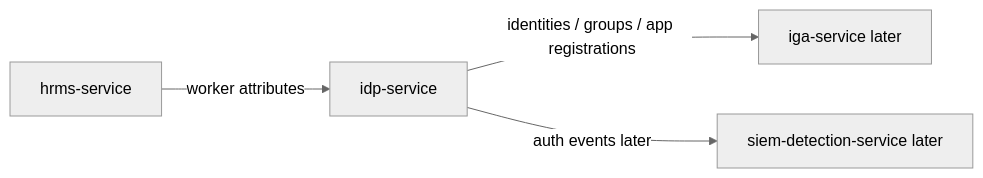
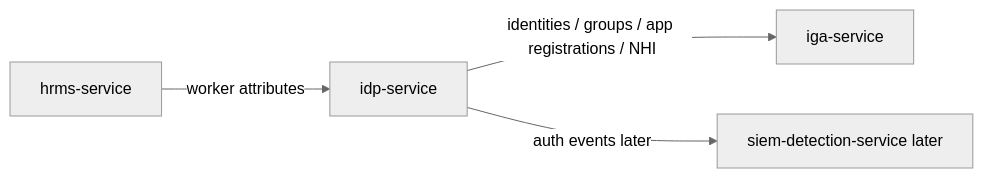
Before and after one commit to i-m-rish/luffy: the diagram in apps/idp-service/README.md, drawn with Mermaid (neutral theme). The commit also changed other lines of this file, not shown here.

````diff
--- a/apps/idp-service/README.md
+++ b/apps/idp-service/README.md
@@ -22,6 +22,6 @@
 ```mermaid
 flowchart LR
     HRMS[hrms-service] -->|worker attributes| IDP[idp-service]
-    IDP -->|identities / groups / app registrations| IGA[iga-service later]
+    IDP -->|identities / groups / app registrations / NHI| IGA[iga-service]
     IDP -->|auth events later| SIEM[siem-detection-service later]
 ```
````
